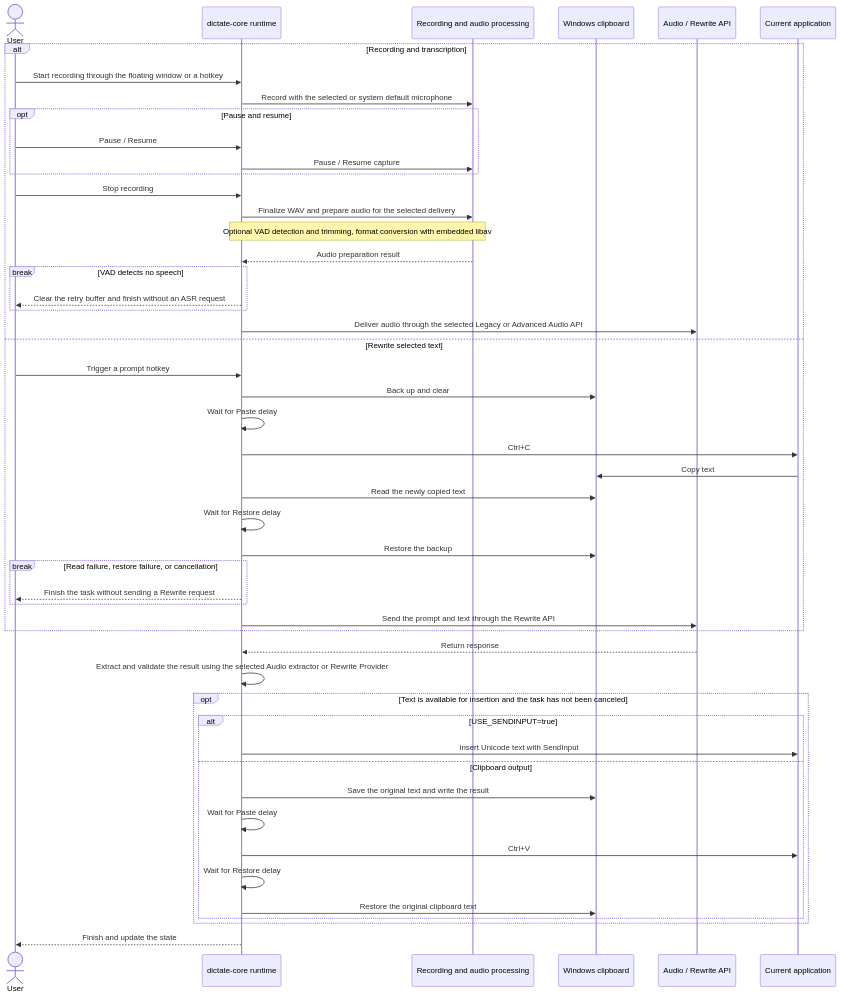
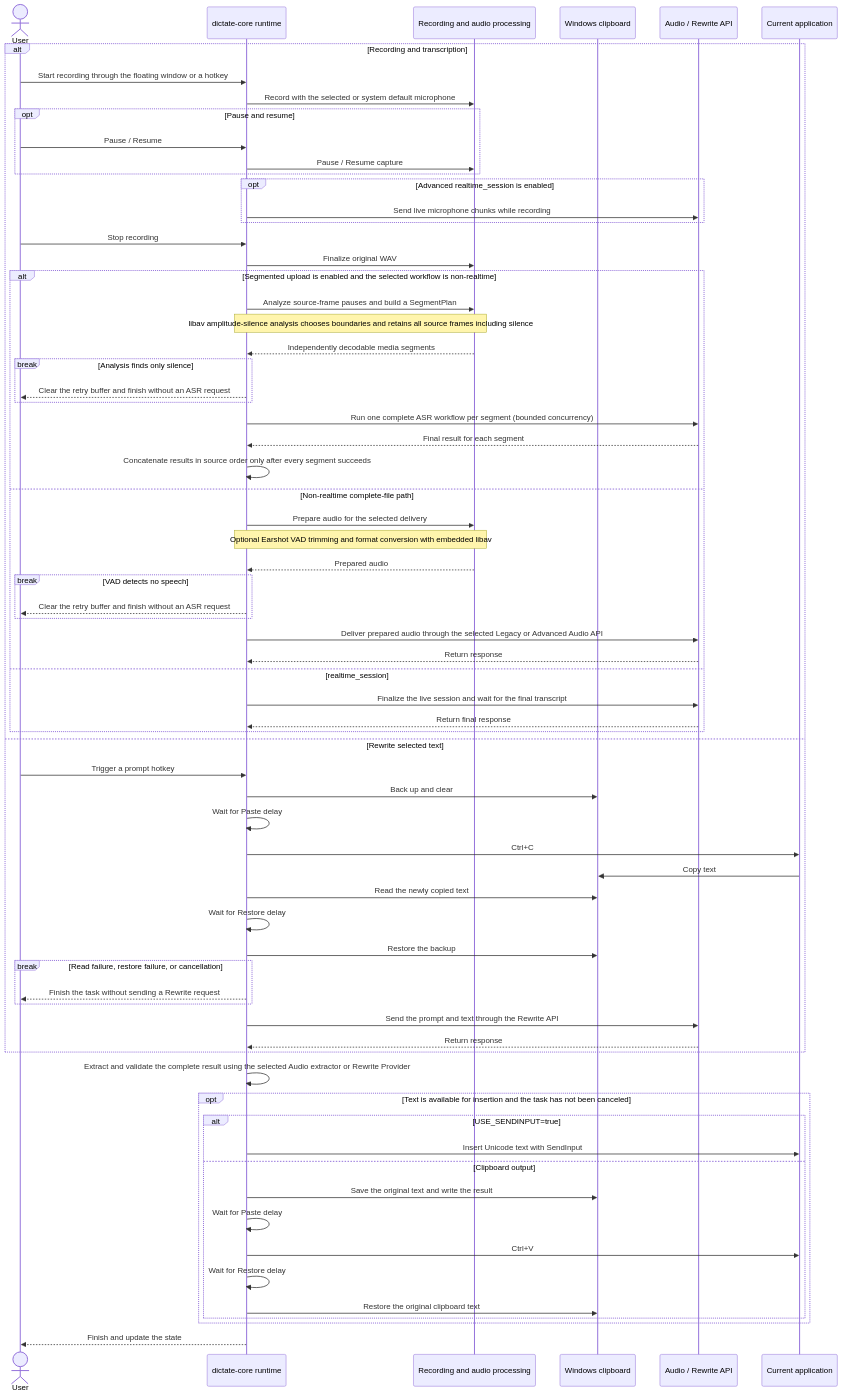
Before and after one commit to Joey-Kot/Dictate-for-Windows: the second of 3 diagrams in README.md, drawn with Mermaid. The commit also changed other lines of this file and 18 other files, not shown here.

````diff
--- a/README.md
+++ b/README.md
@@ -83,54 +100,74 @@
 ```mermaid
 sequenceDiagram
     actor User as User
     participant Core as dictate-core runtime
     participant Audio as Recording and audio processing
     participant Clipboard as Windows clipboard
     participant API as Audio / Rewrite API
     participant App as Current application
 
     alt Recording and transcription
         User->>Core: Start recording through the floating window or a hotkey
         Core->>Audio: Record with the selected or system default microphone
         opt Pause and resume
             User->>Core: Pause / Resume
             Core->>Audio: Pause / Resume capture
         end
+        opt Advanced realtime_session is enabled
+            Core->>API: Send live microphone chunks while recording
+        end
         User->>Core: Stop recording
-        Core->>Audio: Finalize WAV and prepare audio for the selected delivery
-        Note over Core,Audio: Optional VAD detection and trimming, format conversion with embedded libav
-        Audio-->>Core: Audio preparation result
-        break VAD detects no speech
-            Core-->>User: Clear the retry buffer and finish without an ASR request
+        Core->>Audio: Finalize original WAV
+        alt Segmented upload is enabled and the selected workflow is non-realtime
+            Core->>Audio: Analyze source-frame pauses and build a SegmentPlan
+            Note over Core,Audio: libav amplitude-silence analysis chooses boundaries and retains all source frames including silence
+            Audio-->>Core: Independently decodable media segments
+            break Analysis finds only silence
+                Core-->>User: Clear the retry buffer and finish without an ASR request
+            end
+            Core->>API: Run one complete ASR workflow per segment (bounded concurrency)
+            API-->>Core: Final result for each segment
+            Core->>Core: Concatenate results in source order only after every segment succeeds
+        else Non-realtime complete-file path
+            Core->>Audio: Prepare audio for the selected delivery
+            Note over Core,Audio: Optional Earshot VAD trimming and format conversion with embedded libav
+            Audio-->>Core: Prepared audio
+            break VAD detects no speech
+                Core-->>User: Clear the retry buffer and finish without an ASR request
+            end
+            Core->>API: Deliver prepared audio through the selected Legacy or Advanced Audio API
+            API-->>Core: Return response
+        else realtime_session
+            Core->>API: Finalize the live session and wait for the final transcript
+            API-->>Core: Return final response
         end
-        Core->>API: Deliver audio through the selected Legacy or Advanced Audio API
     else Rewrite selected text
         User->>Core: Trigger a prompt hotkey
         Core->>Clipboard: Back up and clear
         Core->>Core: Wait for Paste delay
         Core->>App: Ctrl+C
         App->>Clipboard: Copy text
         Core->>Clipboard: Read the newly copied text
         Core->>Core: Wait for Restore delay
         Core->>Clipboard: Restore the backup
         break Read failure, restore failure, or cancellation
             Core-->>User: Finish the task without sending a Rewrite request
         end
         Core->>API: Send the prompt and text through the Rewrite API
+        API-->>Core: Return response
     end
 
-    API-->>Core: Return response
-    Core->>Core: Extract and validate the result using the selected Audio extractor or Rewrite Provider
+    Core->>Core: Extract and validate the complete result using the selected Audio extractor or Rewrite Provider
     opt Text is available for insertion and the task has not been canceled
         alt USE_SENDINPUT=true
             Core->>App: Insert Unicode text with SendInput
         else Clipboard output
             Core->>Clipboard: Save the original text and write the result
             Core->>Core: Wait for Paste delay
             Core->>App: Ctrl+V
             Core->>Core: Wait for Restore delay
             Core->>Clipboard: Restore the original clipboard text
         end
     end
     Core-->>User: Finish and update the state
 ```
````
